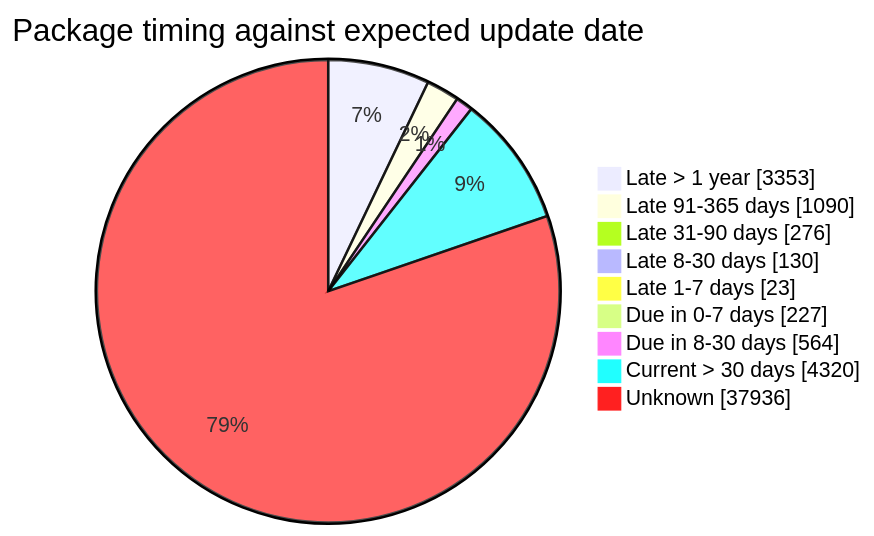
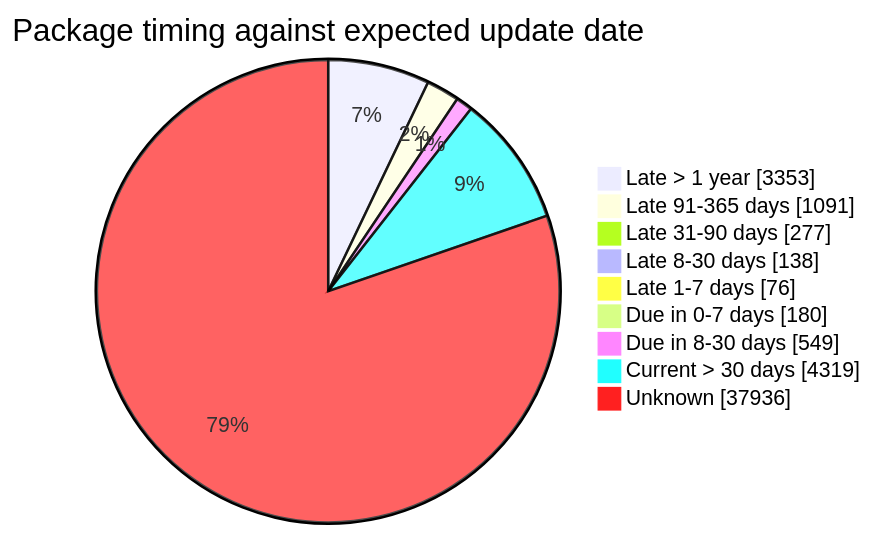
Before and after one commit to open-data/analytics-corporate-reporting: the fourth of 5 diagrams in FreshCheck/README.md, drawn with Mermaid. The commit also changed other lines of this file and 3 other files, not shown here.

````diff
--- a/FreshCheck/README.md
+++ b/FreshCheck/README.md
@@ -86,12 +86,12 @@
 ```mermaid
 pie showData title Package timing against expected update date
     "Late > 1 year": 3353
-    "Late 91-365 days": 1090
-    "Late 31-90 days": 276
-    "Late 8-30 days": 130
-    "Late 1-7 days": 23
-    "Due in 0-7 days": 227
-    "Due in 8-30 days": 564
-    "Current > 30 days": 4320
+    "Late 91-365 days": 1091
+    "Late 31-90 days": 277
+    "Late 8-30 days": 138
+    "Late 1-7 days": 76
+    "Due in 0-7 days": 180
+    "Due in 8-30 days": 549
+    "Current > 30 days": 4319
     "Unknown": 37936
 ```
````
